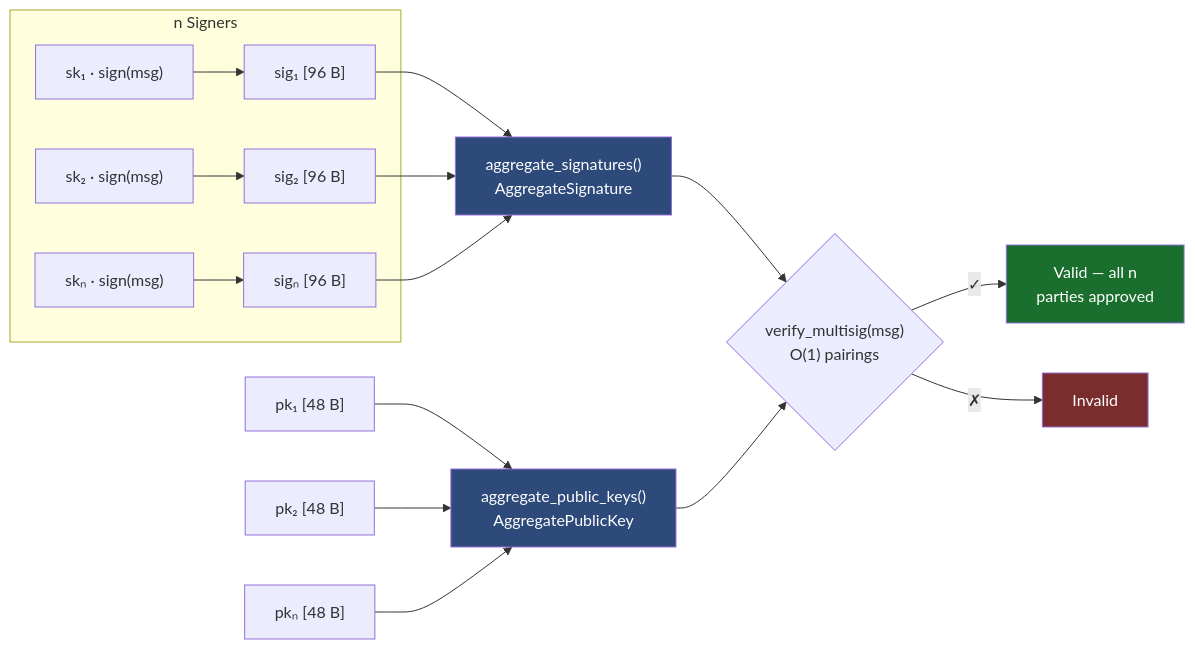
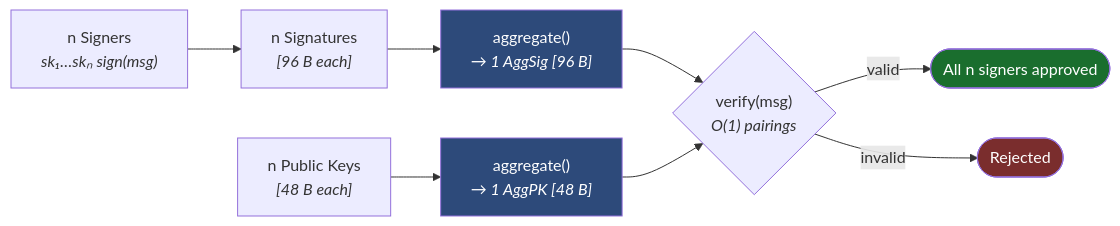
The fourth of 16 diagrams in README.md (sonoransun/multicraton-hsm-testnet), drawn with Mermaid before and after one commit. The commit also changed other lines of this file and 28 other files, not shown here.

````diff
--- a/README.md
+++ b/README.md
@@ -144,20 +160,21 @@
 ```mermaid
 graph LR
-    subgraph SIGNERS["n Signers"]
-        SK1["sk₁ · sign(msg)"] --> SIG1["sig₁  [96 B]"]
-        SK2["sk₂ · sign(msg)"] --> SIG2["sig₂  [96 B]"]
-        SKN["skₙ · sign(msg)"] --> SIGN["sigₙ  [96 B]"]
-    end
+    SIGN["n Signers<br/><i>sk₁…skₙ sign(msg)</i>"]
+    SIGS["n Signatures<br/><i>[96 B each]</i>"]
+    PKS["n Public Keys<br/><i>[48 B each]</i>"]
 
-    SIG1 & SIG2 & SIGN --> AGG["aggregate_signatures()<br/>AggregateSignature"]
-    PK1["pk₁  [48 B]"] & PK2["pk₂  [48 B]"] & PKN["pkₙ  [48 B]"] --> AGGPK["aggregate_public_keys()<br/>AggregatePublicKey"]
+    SIGN --> SIGS
+    SIGS --> AGG["aggregate()<br/><i>→ 1 AggSig [96 B]</i>"]
+    PKS --> AGGPK["aggregate()<br/><i>→ 1 AggPK [48 B]</i>"]
 
-    AGG & AGGPK --> VFY{"verify_multisig(msg)<br/>O(1) pairings"}
-    VFY -->|"✓"| OK["Valid — all n<br/>parties approved"]
-    VFY -->|"✗"| FAIL["Invalid"]
+    AGG & AGGPK --> VFY{"verify(msg)<br/><i>O(1) pairings</i>"}
+    VFY -->|"valid"| OK(["All n signers approved"])
+    VFY -->|"invalid"| FAIL(["Rejected"])
 
-    style AGG fill:#2d4a7a,color:#fff
-    style AGGPK fill:#2d4a7a,color:#fff
-    style OK fill:#1a6e2e,color:#fff
-    style FAIL fill:#7a2d2d,color:#fff
+    classDef agg fill:#2d4a7a,color:#fff
+    classDef ok fill:#1a6e2e,color:#fff
+    classDef fail fill:#7a2d2d,color:#fff
+    class AGG,AGGPK agg
+    class OK ok
+    class FAIL fail
 ```
````
